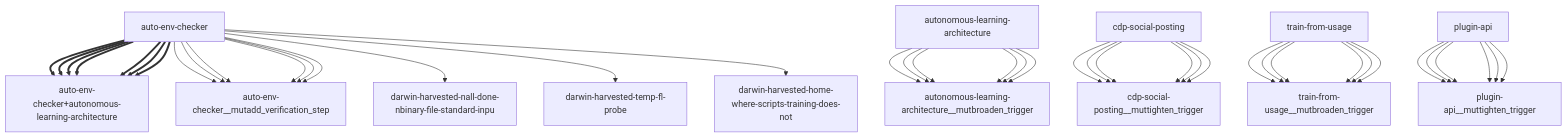
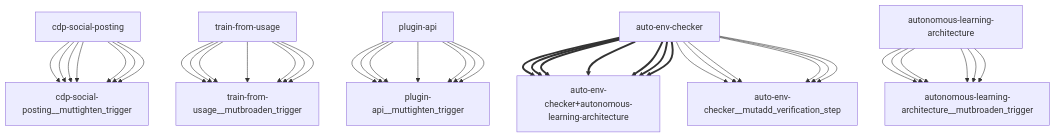
One commit to openamer/openamer changed the diagram in reports/darwin-report.md. Above: the diagram before and after it, drawn with Mermaid. The commit also changed other lines of this file and 12 other files, not shown here.

````diff
--- a/reports/darwin-report.md
+++ b/reports/darwin-report.md
@@ -66,43 +66,43 @@
 ```mermaid
 graph TD
-    auto-env-checker["auto-env-checker"] ==> auto-env-checker+autonomous-learning-architecture["auto-env-checker+autonomous-learning-architecture"]
-    auto-env-checker["auto-env-checker"] --> auto-env-checker__mutadd_verification_step["auto-env-checker__mutadd_verification_step"]
-    autonomous-learning-architecture["autonomous-learning-architecture"] --> autonomous-learning-architecture__mutbroaden_trigger["autonomous-learning-architecture__mutbroaden_trigger"]
     cdp-social-posting["cdp-social-posting"] --> cdp-social-posting__muttighten_trigger["cdp-social-posting__muttighten_trigger"]
     train-from-usage["train-from-usage"] --> train-from-usage__mutbroaden_trigger["train-from-usage__mutbroaden_trigger"]
     plugin-api["plugin-api"] --> plugin-api__muttighten_trigger["plugin-api__muttighten_trigger"]
     auto-env-checker["auto-env-checker"] ==> auto-env-checker+autonomous-learning-architecture["auto-env-checker+autonomous-learning-architecture"]
-    auto-env-checker["auto-env-checker"] --> darwin-harvested-nall-done-nbinary-file-standard-inpu["darwin-harvested-nall-done-nbinary-file-standard-inpu"]
-    auto-env-checker["auto-env-checker"] --> darwin-harvested-temp-fl-probe["darwin-harvested-temp-fl-probe"]
     auto-env-checker["auto-env-checker"] --> auto-env-checker__mutadd_verification_step["auto-env-checker__mutadd_verification_step"]
     autonomous-learning-architecture["autonomous-learning-architecture"] --> autonomous-learning-architecture__mutbroaden_trigger["autonomous-learning-architecture__mutbroaden_trigger"]
     cdp-social-posting["cdp-social-posting"] --> cdp-social-posting__muttighten_trigger["cdp-social-posting__muttighten_trigger"]
     train-from-usage["train-from-usage"] --> train-from-usage__mutbroaden_trigger["train-from-usage__mutbroaden_trigger"]
     plugin-api["plugin-api"] --> plugin-api__muttighten_trigger["plugin-api__muttighten_trigger"]
     auto-env-checker["auto-env-checker"] ==> auto-env-checker+autonomous-learning-architecture["auto-env-checker+autonomous-learning-architecture"]
     auto-env-checker["auto-env-checker"] --> auto-env-checker__mutadd_verification_step["auto-env-checker__mutadd_verification_step"]
     autonomous-learning-architecture["autonomous-learning-architecture"] --> autonomous-learning-architecture__mutbroaden_trigger["autonomous-learning-architecture__mutbroaden_trigger"]
     cdp-social-posting["cdp-social-posting"] --> cdp-social-posting__muttighten_trigger["cdp-social-posting__muttighten_trigger"]
     train-from-usage["train-from-usage"] --> train-from-usage__mutbroaden_trigger["train-from-usage__mutbroaden_trigger"]
     plugin-api["plugin-api"] --> plugin-api__muttighten_trigger["plugin-api__muttighten_trigger"]
     auto-env-checker["auto-env-checker"] ==> auto-env-checker+autonomous-learning-architecture["auto-env-checker+autonomous-learning-architecture"]
-    auto-env-checker["auto-env-checker"] --> darwin-harvested-home-where-scripts-training-does-not["darwin-harvested-home-where-scripts-training-does-not"]
+    auto-env-checker["auto-env-checker"] --> auto-env-checker__mutadd_verification_step["auto-env-checker__mutadd_verification_step"]
+    autonomous-learning-architecture["autonomous-learning-architecture"] --> autonomous-learning-architecture__mutbroaden_trigger["autonomous-learning-architecture__mutbroaden_trigger"]
+    cdp-social-posting["cdp-social-posting"] --> cdp-social-posting__muttighten_trigger["cdp-social-posting__muttighten_trigger"]
+    train-from-usage["train-from-usage"] --> train-from-usage__mutbroaden_trigger["train-from-usage__mutbroaden_trigger"]
+    plugin-api["plugin-api"] --> plugin-api__muttighten_trigger["plugin-api__muttighten_trigger"]
+    auto-env-checker["auto-env-checker"] ==> auto-env-checker+autonomous-learning-architecture["auto-env-checker+autonomous-learning-architecture"]
     auto-env-checker["auto-env-checker"] --> auto-env-checker__mutadd_verification_step["auto-env-checker__mutadd_verification_step"]
     autonomous-learning-architecture["autonomous-learning-architecture"] --> autonomous-learning-architecture__mutbroaden_trigger["autonomous-learning-architecture__mutbroaden_trigger"]
     cdp-social-posting["cdp-social-posting"] --> cdp-social-posting__muttighten_trigger["cdp-social-posting__muttighten_trigger"]
     train-from-usage["train-from-usage"] --> train-from-usage__mutbroaden_trigger["train-from-usage__mutbroaden_trigger"]
     plugin-api["plugin-api"] --> plugin-api__muttighten_trigger["plugin-api__muttighten_trigger"]
     auto-env-checker["auto-env-checker"] ==> auto-env-checker+autonomous-learning-architecture["auto-env-checker+autonomous-learning-architecture"]
     auto-env-checker["auto-env-checker"] --> auto-env-checker__mutadd_verification_step["auto-env-checker__mutadd_verification_step"]
     autonomous-learning-architecture["autonomous-learning-architecture"] --> autonomous-learning-architecture__mutbroaden_trigger["autonomous-learning-architecture__mutbroaden_trigger"]
     cdp-social-posting["cdp-social-posting"] --> cdp-social-posting__muttighten_trigger["cdp-social-posting__muttighten_trigger"]
     train-from-usage["train-from-usage"] --> train-from-usage__mutbroaden_trigger["train-from-usage__mutbroaden_trigger"]
     plugin-api["plugin-api"] --> plugin-api__muttighten_trigger["plugin-api__muttighten_trigger"]
     auto-env-checker["auto-env-checker"] ==> auto-env-checker+autonomous-learning-architecture["auto-env-checker+autonomous-learning-architecture"]
     auto-env-checker["auto-env-checker"] --> auto-env-checker__mutadd_verification_step["auto-env-checker__mutadd_verification_step"]
     autonomous-learning-architecture["autonomous-learning-architecture"] --> autonomous-learning-architecture__mutbroaden_trigger["autonomous-learning-architecture__mutbroaden_trigger"]
     cdp-social-posting["cdp-social-posting"] --> cdp-social-posting__muttighten_trigger["cdp-social-posting__muttighten_trigger"]
     train-from-usage["train-from-usage"] --> train-from-usage__mutbroaden_trigger["train-from-usage__mutbroaden_trigger"]
     plugin-api["plugin-api"] --> plugin-api__muttighten_trigger["plugin-api__muttighten_trigger"]
     auto-env-checker["auto-env-checker"] ==> auto-env-checker+autonomous-learning-architecture["auto-env-checker+autonomous-learning-architecture"]
 ```
````
